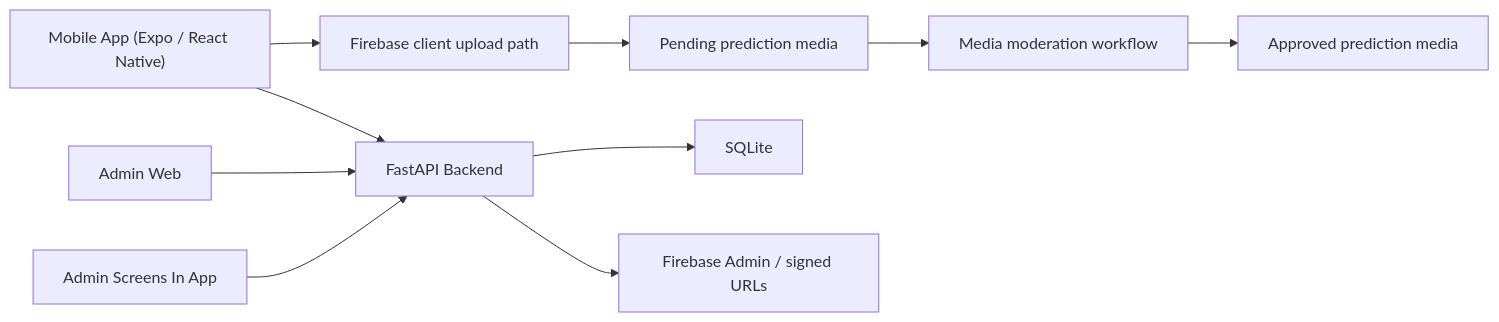
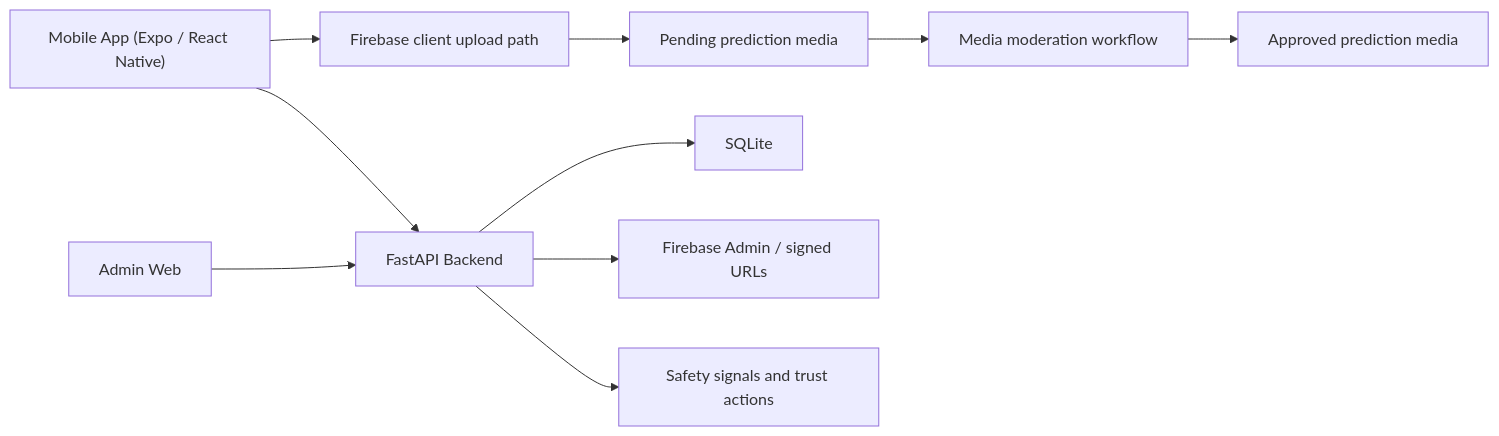
One commit to Roy2055/bird-platform-docs-public changed the diagram in docs/architecture.md. Above: the diagram before and after it, drawn with Mermaid. The commit also changed other lines of this file and 66 other files, not shown here.

````diff
--- a/docs/architecture.md
+++ b/docs/architecture.md
@@ -5,12 +5,12 @@
 ```mermaid
 flowchart LR
     App["Mobile App (Expo / React Native)"] --> API["FastAPI Backend"]
     App --> FirebaseClient["Firebase client upload path"]
     FirebaseClient --> Pending["Pending prediction media"]
     Pending --> Moderation["Media moderation workflow"]
     Moderation --> Approved["Approved prediction media"]
     API --> DB["SQLite"]
     API --> FirebaseAdmin["Firebase Admin / signed URLs"]
     AdminWeb["Admin Web"] --> API
-    AdminMobile["Admin Screens In App"] --> API
+    API --> Safety["Safety signals and trust actions"]
 ```
````
